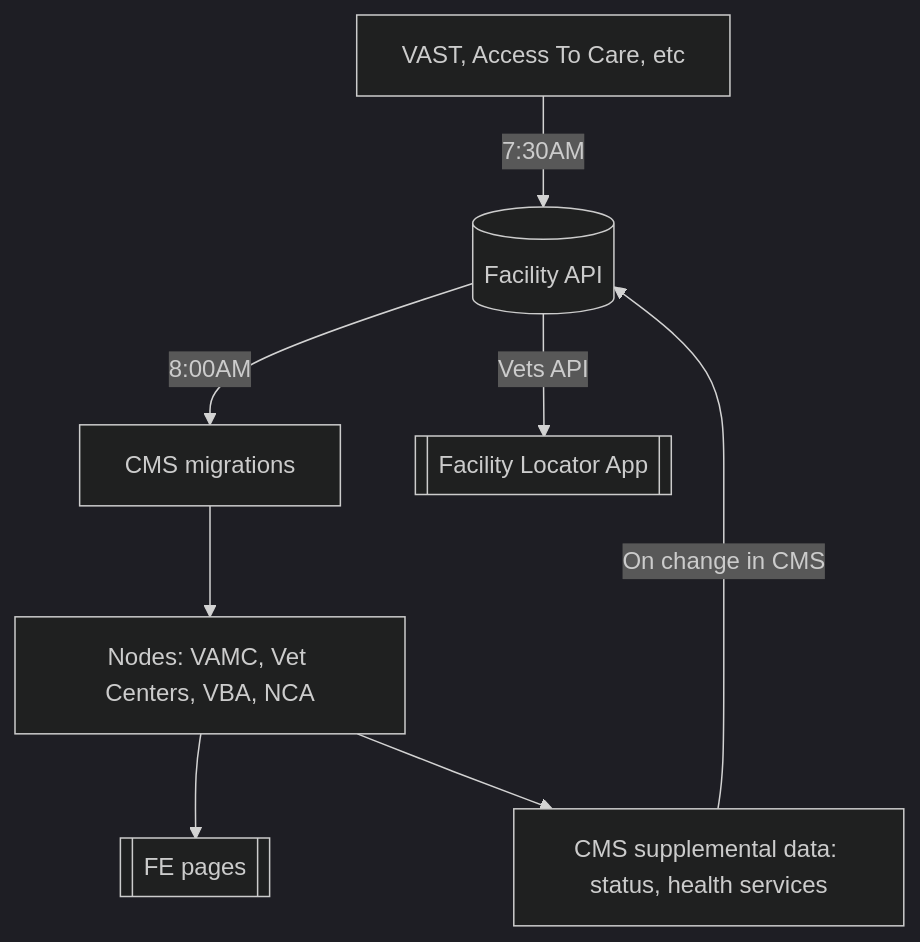
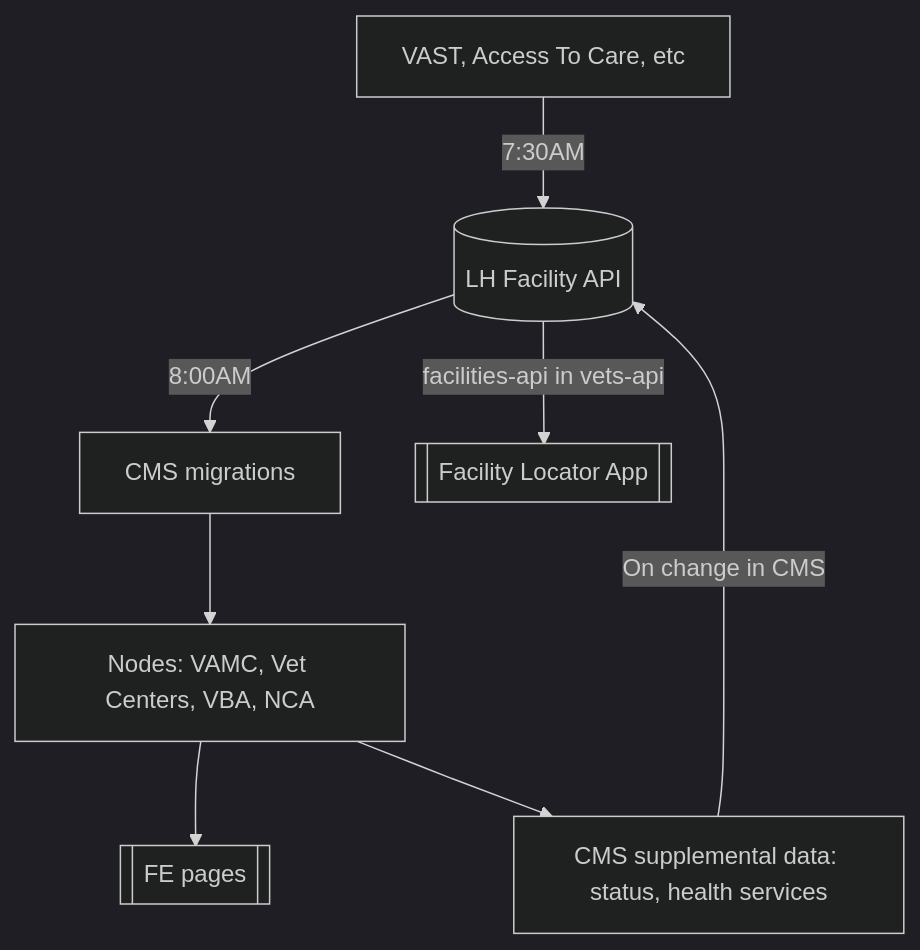
One commit to department-of-veterans-affairs/va.gov-cms changed the diagram in READMES/migrations-facility.md. Above: the diagram before and after it, drawn with Mermaid (dark theme).

Commit message:
[docs] Update migrations-facility.md to clarify LH vs. vets-api facility api

````diff
--- a/READMES/migrations-facility.md
+++ b/READMES/migrations-facility.md
@@ -12,10 +12,10 @@
 ```mermaid
   graph TD;
     vast[VAST, Access To Care, etc]-- 7:30AM -->fapi;
-    fapi[(Facility API)]-- 8:00AM -->migrations[CMS migrations];
-    fapi-- Vets API -->fl[[Facility Locator App]];
+    fapi[(LH Facility API)]-- 8:00AM -->migrations[CMS migrations];
+    fapi-- facilities-api in vets-api -->fl[[Facility Locator App]];
     migrations-->nodes[Nodes: VAMC, Vet Centers, VBA, NCA];
     nodes-->FE[[FE pages]];
     nodes-->data
     data[CMS supplemental data: status, health services] -- On change in CMS -->fapi;
 ```
````
